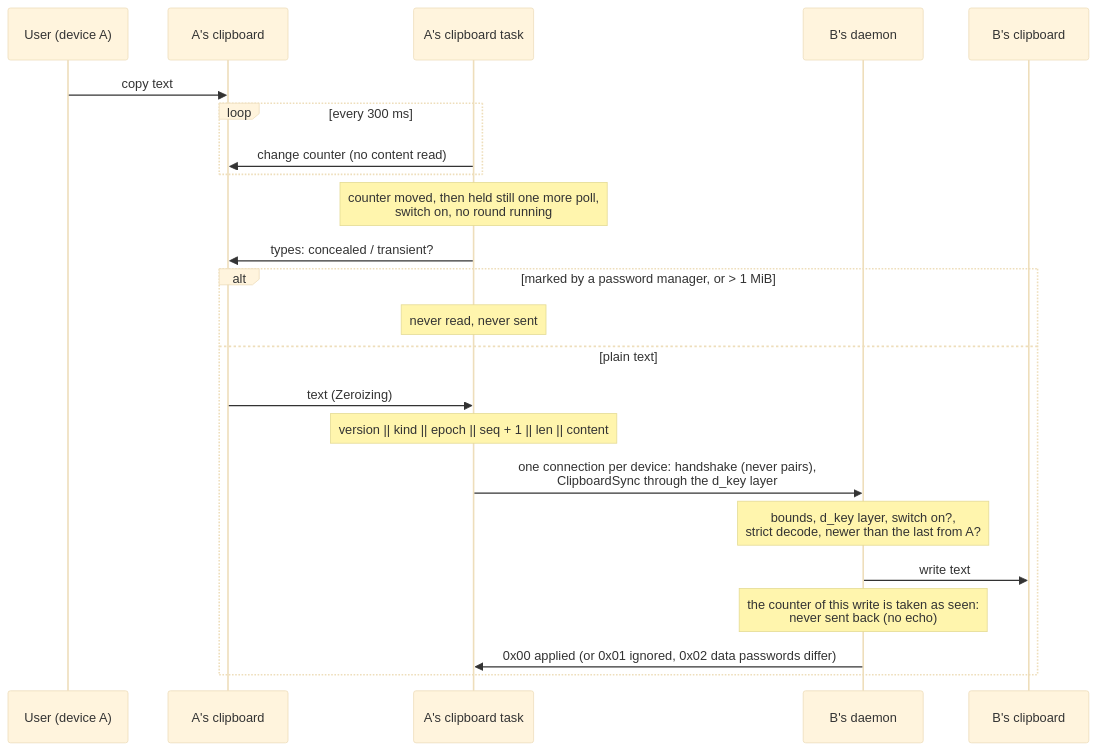
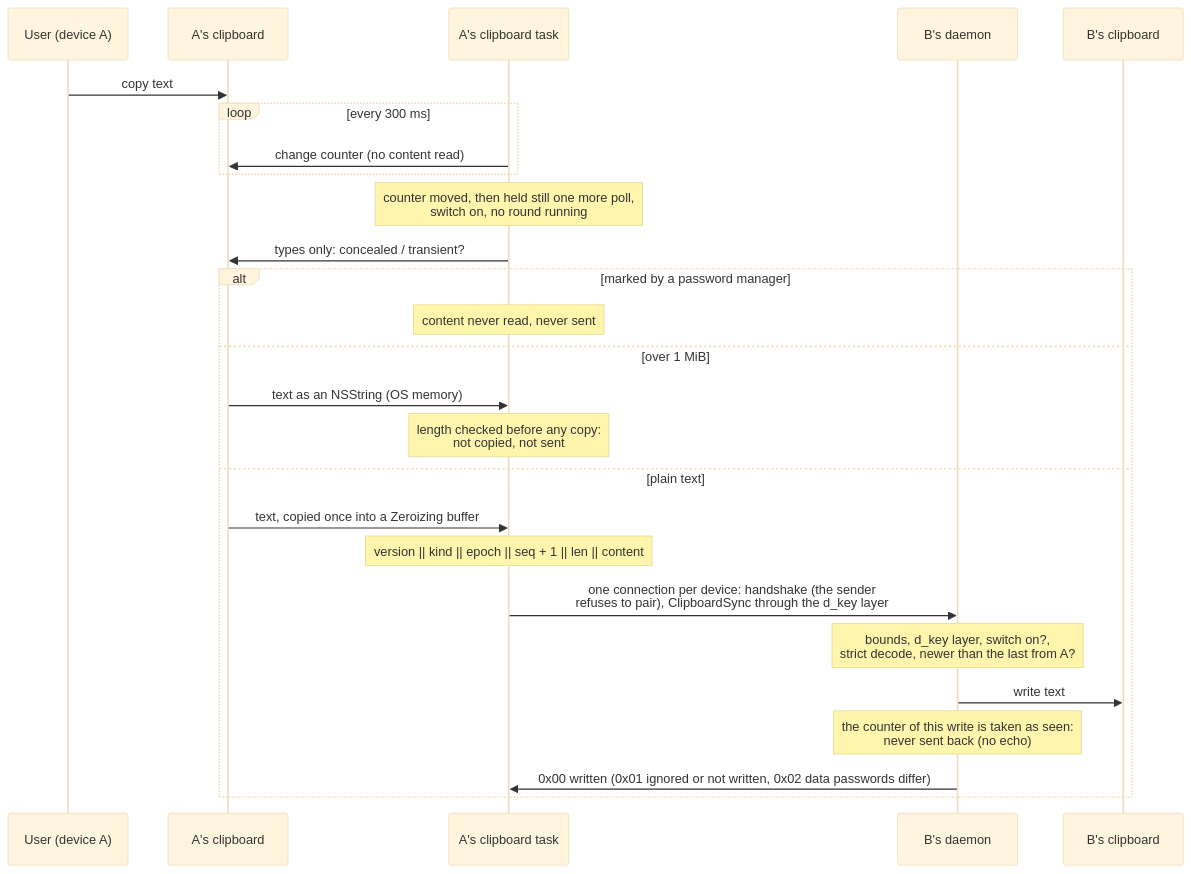
Before and after one commit to czarekkdev/cesaconn: the first of 3 diagrams in docs/diagrams/clipboard-sync.md, drawn with Mermaid (base theme). The commit also changed other lines of this file and 10 other files, not shown here.

First line of the commit message:
docs(diagrams): match the code on the review points

````diff
--- a/docs/diagrams/clipboard-sync.md
+++ b/docs/diagrams/clipboard-sync.md
@@ -6,25 +6,28 @@
 ```mermaid
 sequenceDiagram
     participant U as User (device A)
     participant CB as A's clipboard
     participant A as A's clipboard task
     participant B as B's daemon
     participant CBB as B's clipboard
     U->>CB: copy text
     loop every 300 ms
         A->>CB: change counter (no content read)
     end
     Note over A: counter moved, then held still one more poll,<br/>switch on, no round running
-    A->>CB: types: concealed / transient?
-    alt marked by a password manager, or > 1 MiB
-        Note over A: never read, never sent
+    A->>CB: types only: concealed / transient?
+    alt marked by a password manager
+        Note over A: content never read, never sent
+    else over 1 MiB
+        CB->>A: text as an NSString (OS memory)
+        Note over A: length checked before any copy:<br/>not copied, not sent
     else plain text
-        CB->>A: text (Zeroizing)
+        CB->>A: text, copied once into a Zeroizing buffer
         Note over A: version || kind || epoch || seq + 1 || len || content
-        A->>B: one connection per device: handshake (never pairs),<br/>ClipboardSync through the d_key layer
+        A->>B: one connection per device: handshake (the sender<br/>refuses to pair), ClipboardSync through the d_key layer
         Note over B: bounds, d_key layer, switch on?,<br/>strict decode, newer than the last from A?
         B->>CBB: write text
         Note over B: the counter of this write is taken as seen:<br/>never sent back (no echo)
-        B->>A: 0x00 applied (or 0x01 ignored, 0x02 data passwords differ)
+        B->>A: 0x00 written (0x01 ignored or not written, 0x02 data passwords differ)
     end
 ```
````
